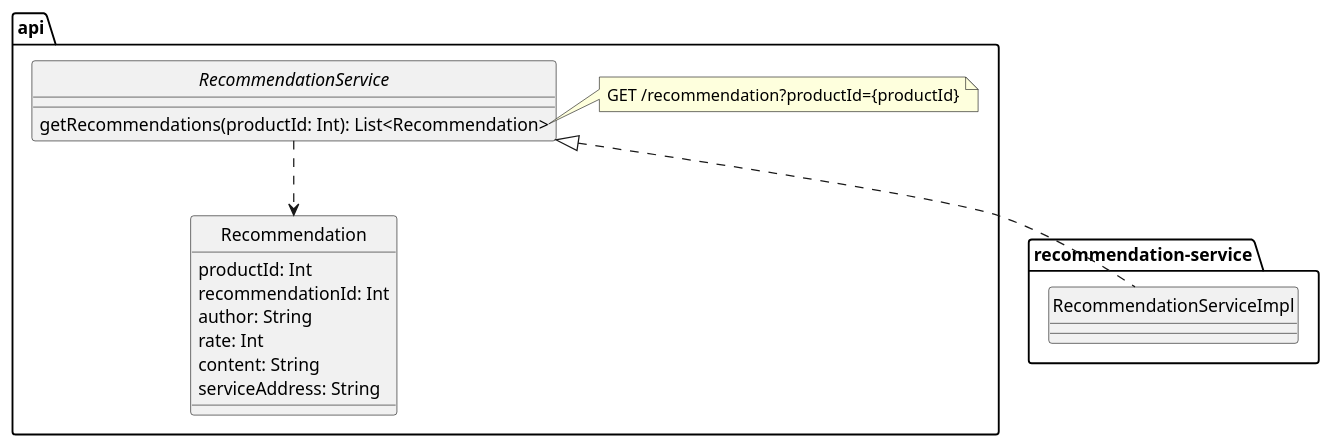
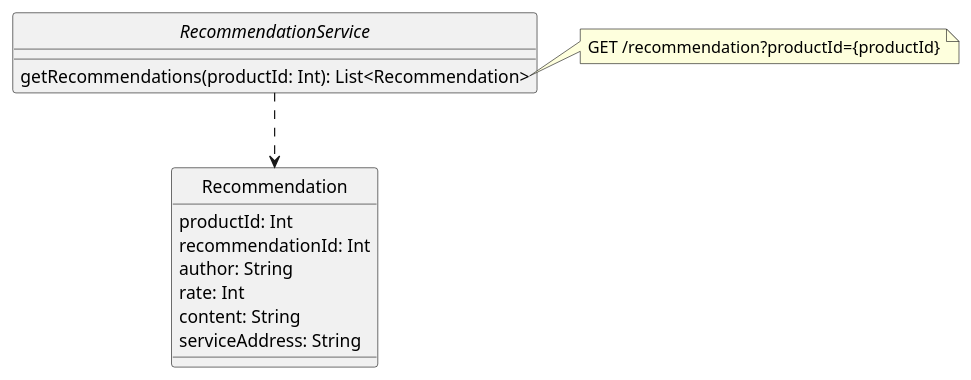
One commit to teddyprogramming/teddyprogramming.github.io changed the fifth of 7 diagrams in docs/kata/Microservices with Spring Boot 3 and Spring Cloud - Third Edition/3 Creating a Set of Cooperating Microservices.md. Above: the diagram before and after it, drawn with PlantUML. The commit also changed other lines of this file, not shown here.

````diff
--- a/docs/kata/Microservices with Spring Boot 3 and Spring Cloud - Third Edition/3 Creating a Set of Cooperating Microservices.md
+++ b/docs/kata/Microservices with Spring Boot 3 and Spring Cloud - Third Edition/3 Creating a Set of Cooperating Microservices.md
@@ -367,29 +382,21 @@
 ```plantuml
 hide circle
 
-package api {
-    interface RecommendationService {
-        getRecommendations(productId: Int): List<Recommendation>
-    }
-    note right of RecommendationService::getRecommendations
-    GET /recommendation?productId={productId}
-    end note
+interface RecommendationService {
+    getRecommendations(productId: Int): List<Recommendation>
+}
+note right of RecommendationService::getRecommendations
+GET /recommendation?productId={productId}
+end note
 
-    class Recommendation {
-        productId: Int
-        recommendationId: Int
-        author: String
-        rate: Int
-        content: String
-        serviceAddress: String
-    }
-
-    RecommendationService ..> Recommendation
+class Recommendation {
+    productId: Int
+    recommendationId: Int
+    author: String
+    rate: Int
+    content: String
+    serviceAddress: String
 }
 
-package recommendation-service {
-    class RecommendationServiceImpl
-}
-
-RecommendationService <|.. RecommendationServiceImpl
+RecommendationService ..> Recommendation
 ```
````
